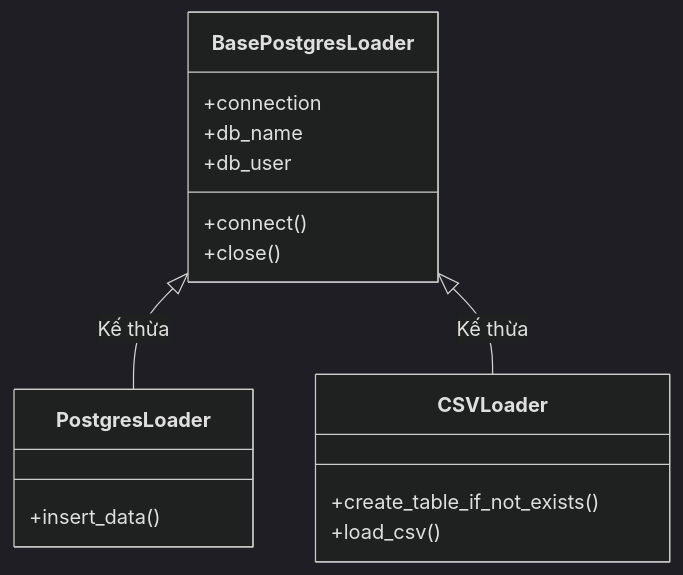
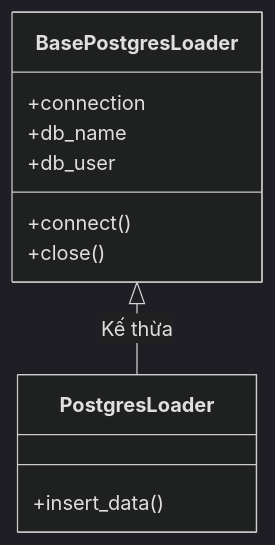
The diagram in weather-meteo-data-platform/src/loaders/README.md (tgkiet/air-quality-weather-meteo), drawn with Mermaid (dark theme) before and after one commit. The commit also changed other lines of this file and 35 other files, not shown here.

Commit message:
refactor: standardize ELT schema, replace legacy CSV loaders with full Open-Meteo API backfill for all locations, and simplify station mapping in staging

````diff
--- a/weather-meteo-data-platform/src/loaders/README.md
+++ b/weather-meteo-data-platform/src/loaders/README.md
@@ -56,19 +39,14 @@
 ```mermaid
 classDiagram
     class BasePostgresLoader {
         +connection
         +db_name
         +db_user
         +connect()
         +close()
     }
     class PostgresLoader {
         +insert_data()
     }
-    class CSVLoader {
-        +create_table_if_not_exists()
-        +load_csv()
-    }
     BasePostgresLoader <|-- PostgresLoader : Kế thừa
-    BasePostgresLoader <|-- CSVLoader : Kế thừa
 ```
````
